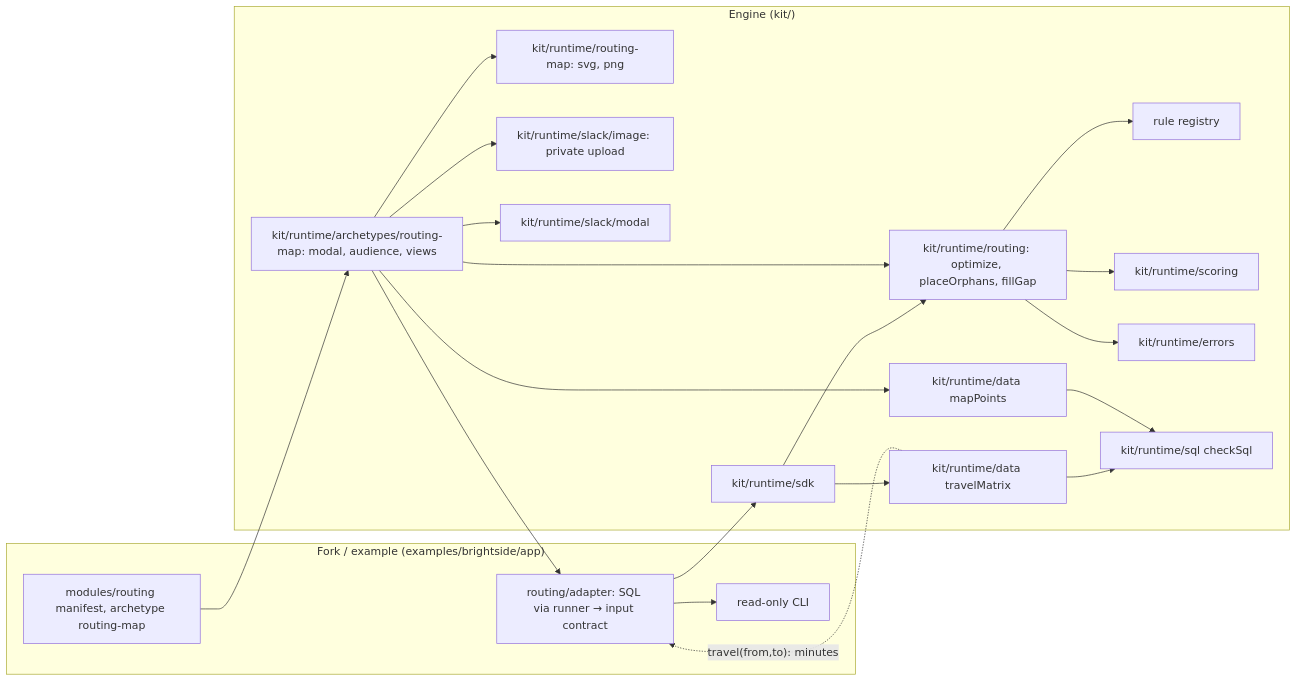
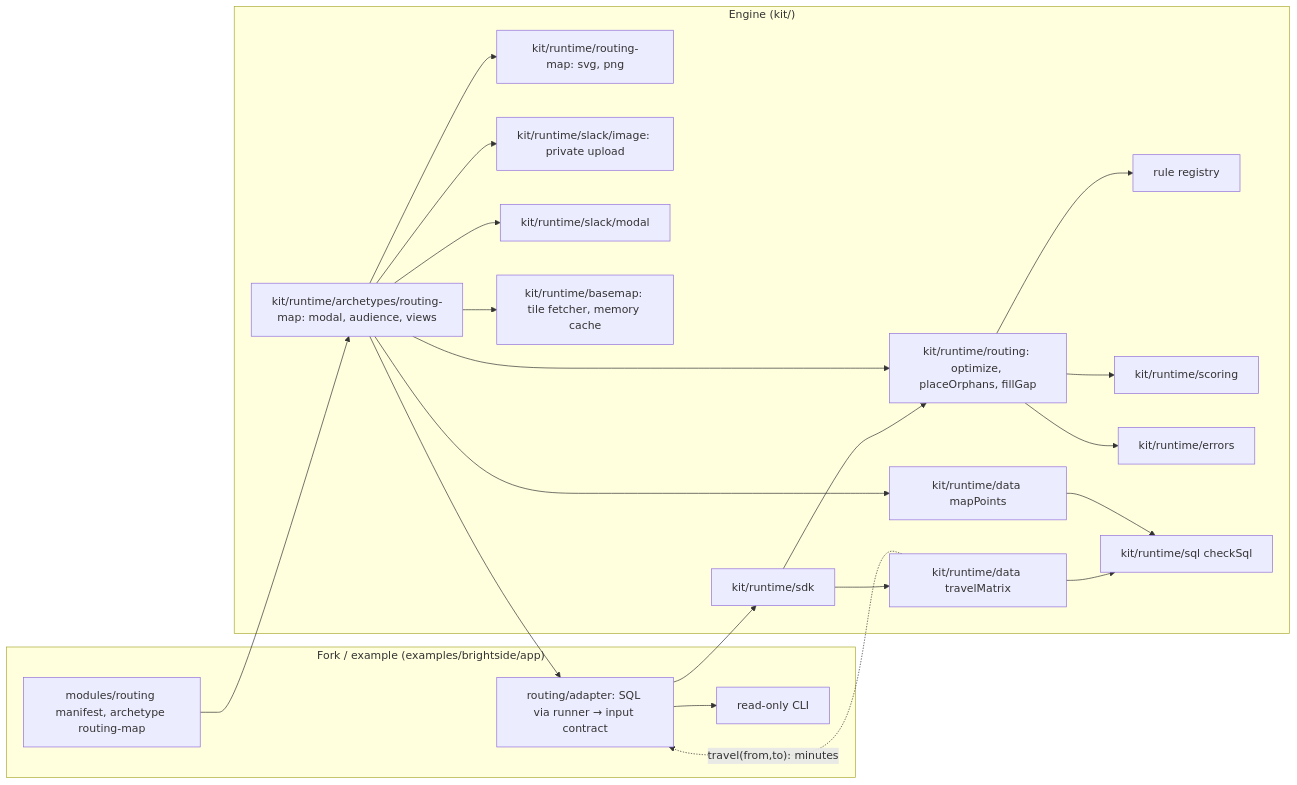
One commit to eppotter/AP-Labs changed the diagram in docs/planning/planning-artifacts/architecture-routing.md. Above: the diagram before and after it, drawn with Mermaid. The commit also changed other lines of this file and 6 other files, not shown here.

````diff
--- a/docs/planning/planning-artifacts/architecture-routing.md
+++ b/docs/planning/planning-artifacts/architecture-routing.md
@@ -28,27 +34,28 @@
 ```mermaid
 flowchart LR
   subgraph fork["Fork / example (examples/brightside/app)"]
     AD[routing/adapter: SQL via runner → input contract] --> CLI[read-only CLI]
     MOD[modules/routing manifest, archetype routing-map]
   end
   subgraph engine["Engine (kit/)"]
     R[kit/runtime/routing: optimize, placeOrphans, fillGap] --> RR[rule registry]
     R --> SC[kit/runtime/scoring]
     R --> ER[kit/runtime/errors]
     TM[kit/runtime/data travelMatrix] --> G[kit/runtime/sql checkSql]
     MP[kit/runtime/data mapPoints] --> G
     RM[kit/runtime/routing-map: svg, png]
     ARC[kit/runtime/archetypes/routing-map: modal, audience, views] --> IMG[kit/runtime/slack/image: private upload]
     ARC --> MODAL[kit/runtime/slack/modal]
+    ARC --> BM[kit/runtime/basemap: tile fetcher, memory cache]
     SDK[kit/runtime/sdk]
   end
   AD --> SDK
   SDK --> R
   SDK --> TM
   TM -. "travel(from,to): minutes" .-> AD
   MOD --> ARC
   ARC --> AD
   ARC --> R
   ARC --> MP
   ARC --> RM
 ```
````
